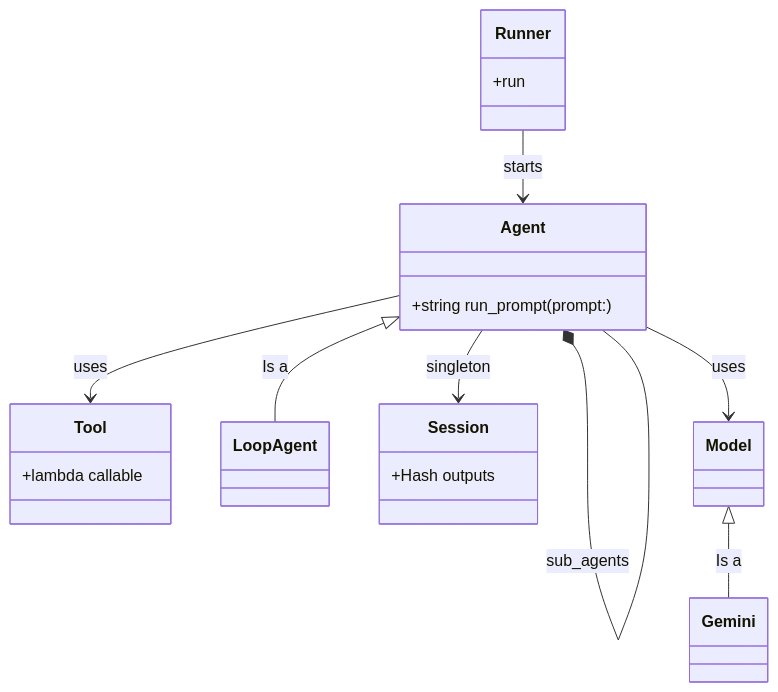
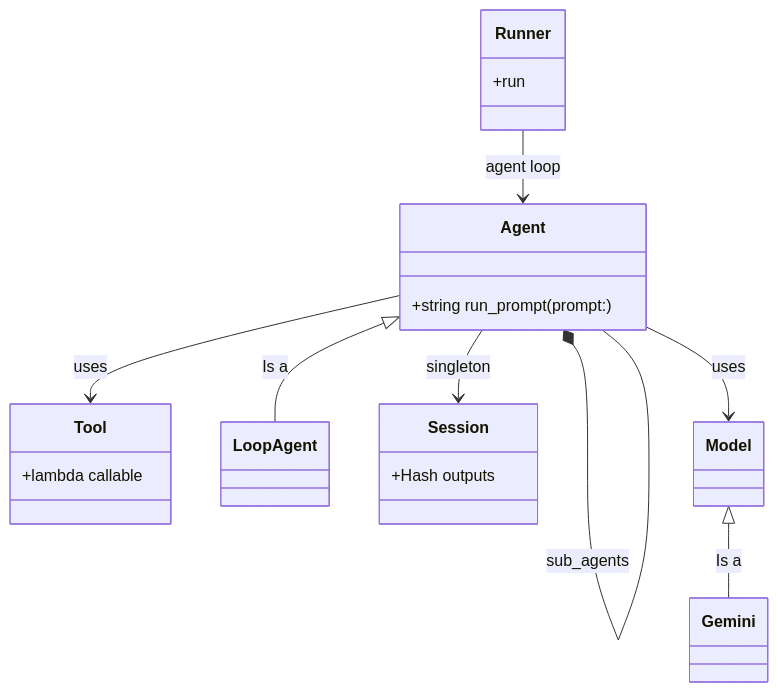
One commit to smsohan/adk-ruby changed the diagram in README.md. Above: the diagram before and after it, drawn with Mermaid.

````diff
--- a/README.md
+++ b/README.md
@@ -63,28 +63,28 @@
 ```mermaid
 classDiagram
     class Runner{
         +run
     }
 
     class Agent{
         +string run_prompt(prompt:)
     }
 
     class Tool{
         +lambda callable
     }
 
     Agent <|-- LoopAgent: Is a
 
     class Session{
         +Hash outputs
     }
 
     Model <|-- Gemini: Is a
 
-    Runner --> Agent: starts
+    Runner --> Agent: agent loop
     Agent *-- Agent: sub_agents
     Agent --> Session: singleton
     Agent --> Model: uses
     Agent --> Tool: uses
 ```
````
